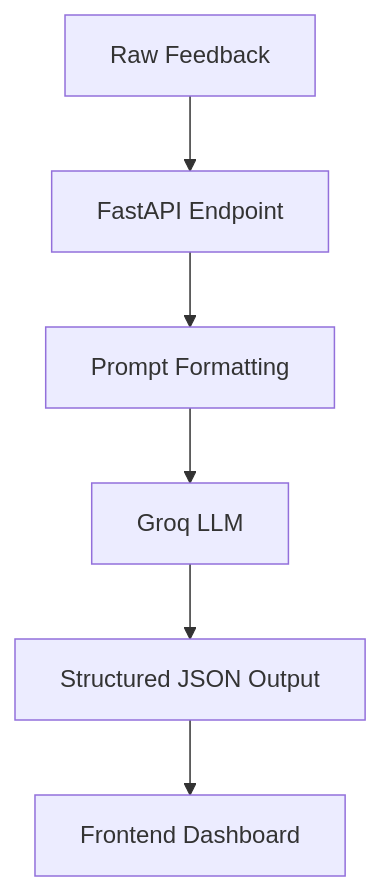
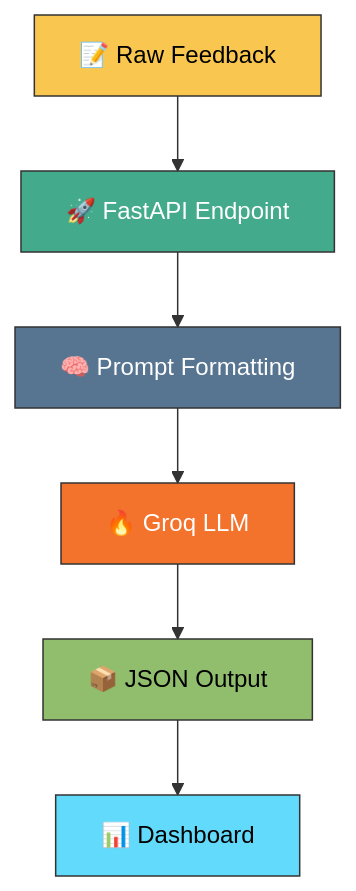
The second of 4 diagrams in Readme.md (kaushlendra0607/NLP_Sentiment_Analysis), drawn with Mermaid before and after one commit. The commit also changed other lines of this file, not shown here.

````diff
--- a/Readme.md
+++ b/Readme.md
@@ -103,8 +92,16 @@
 ```mermaid
 flowchart TD
-    A[Raw Feedback] --> B[FastAPI Endpoint]
-    B --> C[Prompt Formatting]
-    C --> D[Groq LLM]
-    D --> E[Structured JSON Output]
-    E --> F[Frontend Dashboard]
+
+    A[📝 Raw Feedback]:::input --> B[🚀 FastAPI Endpoint]:::backend
+    B --> C[🧠 Prompt Formatting]:::logic
+    C --> D[🔥 Groq LLM]:::llm
+    D --> E[📦 JSON Output]:::output
+    E --> F[📊 Dashboard]:::frontend
+
+    classDef input fill:#f9c74f,stroke:#333,color:#000;
+    classDef backend fill:#43aa8b,stroke:#333,color:#fff;
+    classDef logic fill:#577590,stroke:#333,color:#fff;
+    classDef llm fill:#f3722c,stroke:#333,color:#fff;
+    classDef output fill:#90be6d,stroke:#333,color:#000;
+    classDef frontend fill:#61dafb,stroke:#333,color:#000;
 ```
````
